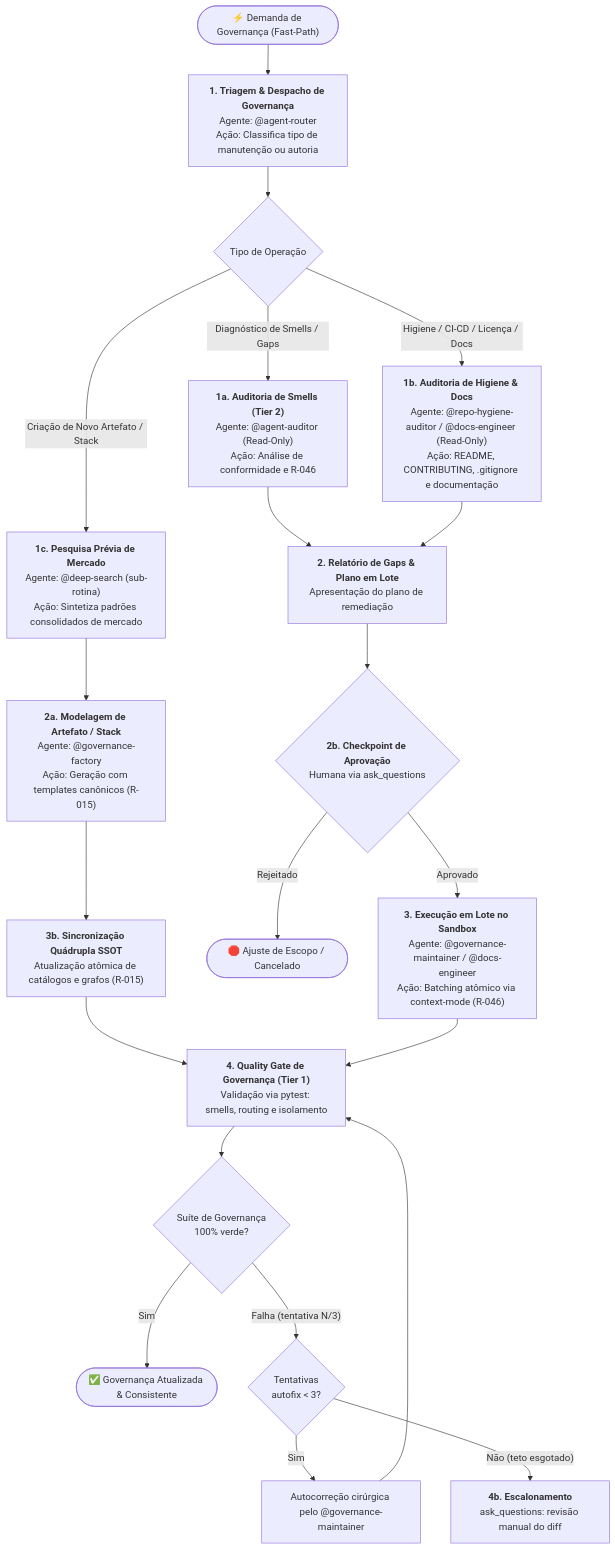
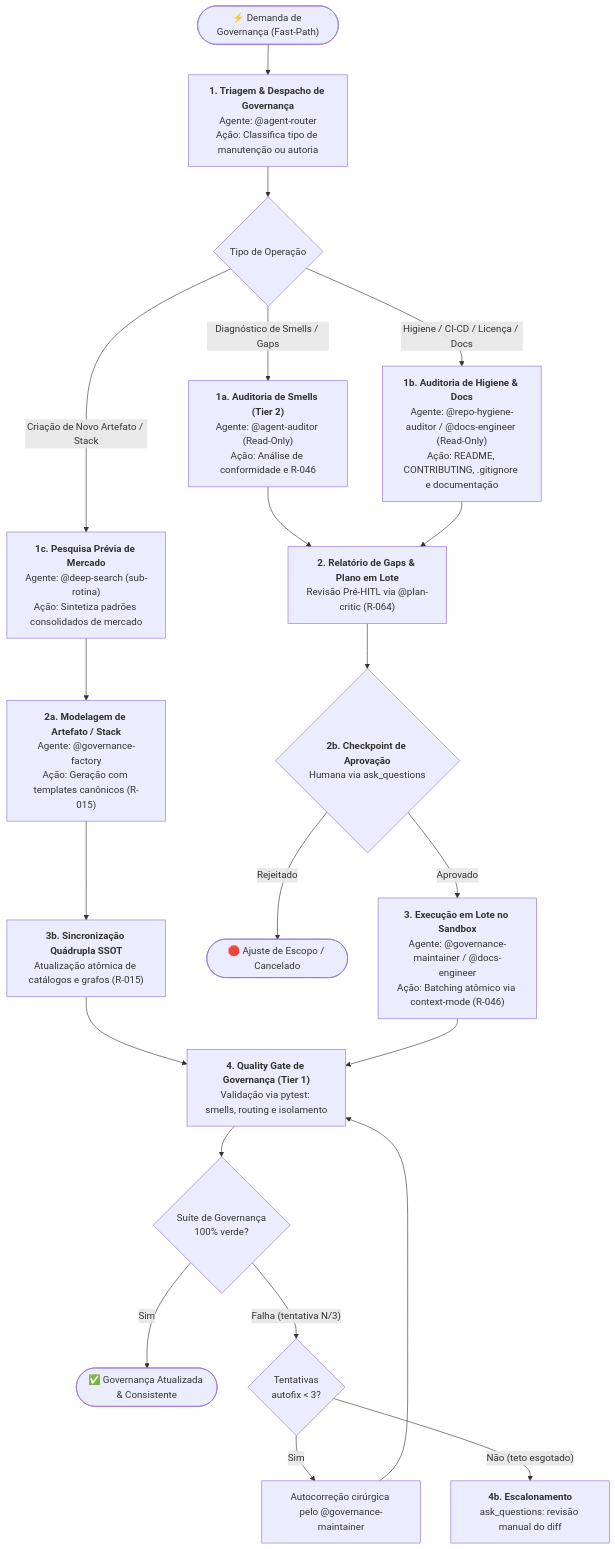
The diagram in .github/agents/workflows/workflow-governance-maintenance.md (jezreel8858/deep-agents-copilot), drawn with Mermaid before and after one commit. The commit also changed other lines of this file and 20 other files, not shown here.

````diff
--- a/.github/agents/workflows/workflow-governance-maintenance.md
+++ b/.github/agents/workflows/workflow-governance-maintenance.md
@@ -12,30 +12,30 @@
 ```mermaid
 flowchart TD
     ReqGov(["⚡ Demanda de Governança (Fast-Path)"]) --> RouterGov["<b>1. Triagem & Despacho de Governança</b><br/>Agente: @agent-router<br/>Ação: Classifica tipo de manutenção ou autoria"]
 
     RouterGov --> GovCheck{"Tipo de Operação"}
 
     GovCheck -- "Diagnóstico de Smells / Gaps" --> Auditor["<b>1a. Auditoria de Smells (Tier 2)</b><br/>Agente: @agent-auditor (Read-Only)<br/>Ação: Análise de conformidade e R-046"]
     GovCheck -- "Higiene / CI-CD / Licença / Docs" --> Hygiene["<b>1b. Auditoria de Higiene & Docs</b><br/>Agente: @repo-hygiene-auditor / @docs-engineer (Read-Only)<br/>Ação: README, CONTRIBUTING, .gitignore e documentação"]
     GovCheck -- "Criação de Novo Artefato / Stack" --> PreSearch["<b>1c. Pesquisa Prévia de Mercado</b><br/>Agente: @deep-search (sub-rotina)<br/>Ação: Sintetiza padrões consolidados de mercado"]
 
     PreSearch --> Factory["<b>2a. Modelagem de Artefato / Stack</b><br/>Agente: @governance-factory<br/>Ação: Geração com templates canônicos (R-015)"]
 
-    Auditor & Hygiene --> PlanReport["<b>2. Relatório de Gaps & Plano em Lote</b><br/>Apresentação do plano de remediação"]
+    Auditor & Hygiene --> PlanReport["<b>2. Relatório de Gaps & Plano em Lote</b><br/>Revisão Pré-HITL via @plan-critic (R-064)"]
 
     PlanReport --> HumanGate{"<b>2b. Checkpoint de Aprovação</b><br/>Humana via ask_questions"}
 
     HumanGate -- "Aprovado" --> Maintainer["<b>3. Execução em Lote no Sandbox</b><br/>Agente: @governance-maintainer / @docs-engineer<br/>Ação: Batching atômico via context-mode (R-046)"]
     HumanGate -- "Rejeitado" --> EndCancel(["🛑 Ajuste de Escopo / Cancelado"])
 
     Factory --> MaintainerSync["<b>3b. Sincronização Quádrupla SSOT</b><br/>Atualização atômica de catálogos e grafos (R-015)"]
     MaintainerSync --> GateGov["<b>4. Quality Gate de Governança (Tier 1)</b><br/>Validação via pytest: smells, routing e isolamento"]
     Maintainer --> GateGov
 
     GateGov --> CheckGov{"Suíte de Governança<br/>100% verde?"}
     CheckGov -- "Sim" --> EndDone(["✅ Governança Atualizada & Consistente"])
     CheckGov -- "Falha (tentativa N/3)" --> CheckAutoFixCap{"Tentativas<br/>autofix < 3?"}
     CheckAutoFixCap -- "Sim" --> AutoFix["Autocorreção cirúrgica pelo @governance-maintainer"]
     AutoFix --> GateGov
     CheckAutoFixCap -- "Não (teto esgotado)" --> GovEscalate["<b>4b. Escalonamento</b><br/>ask_questions: revisão manual do diff"]
 ```
````
